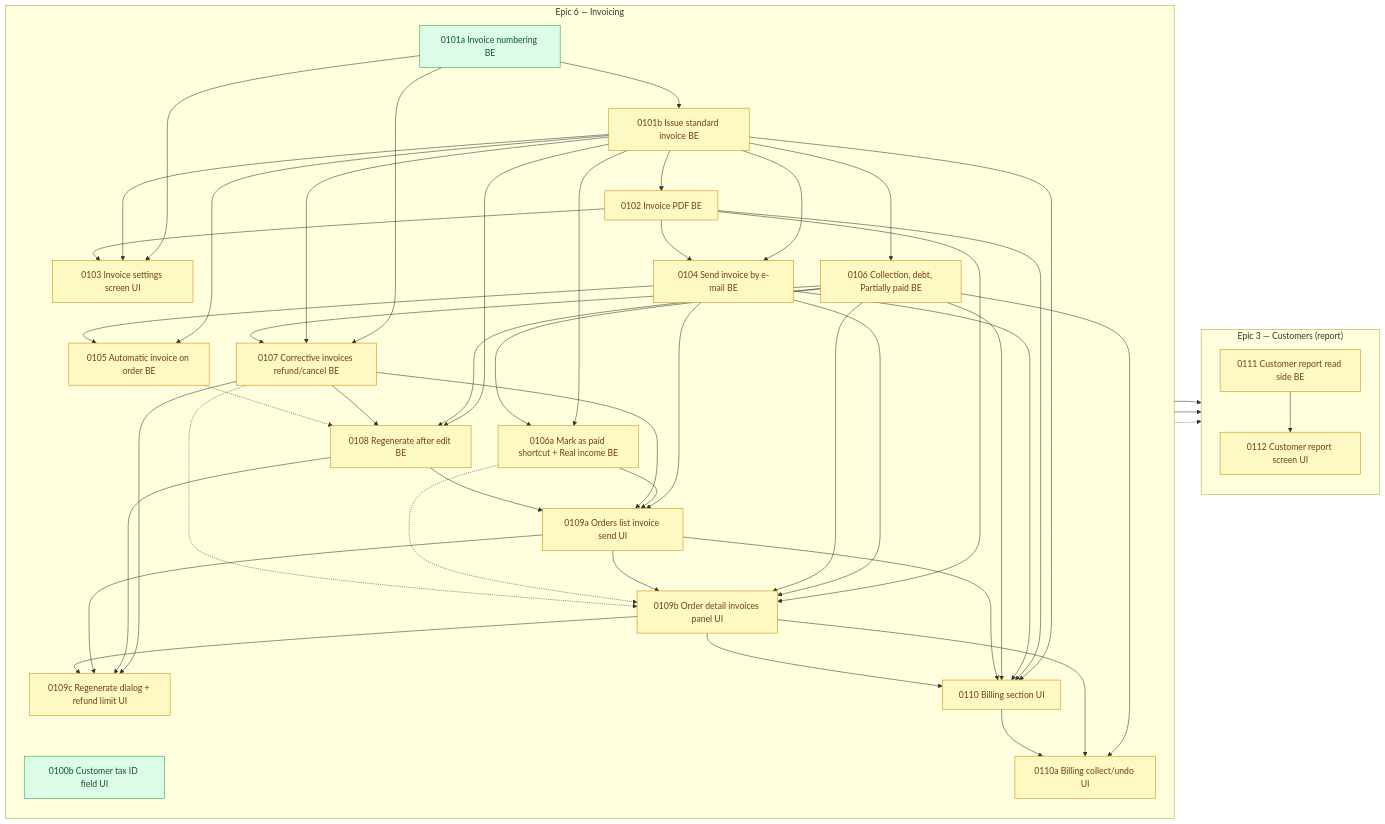
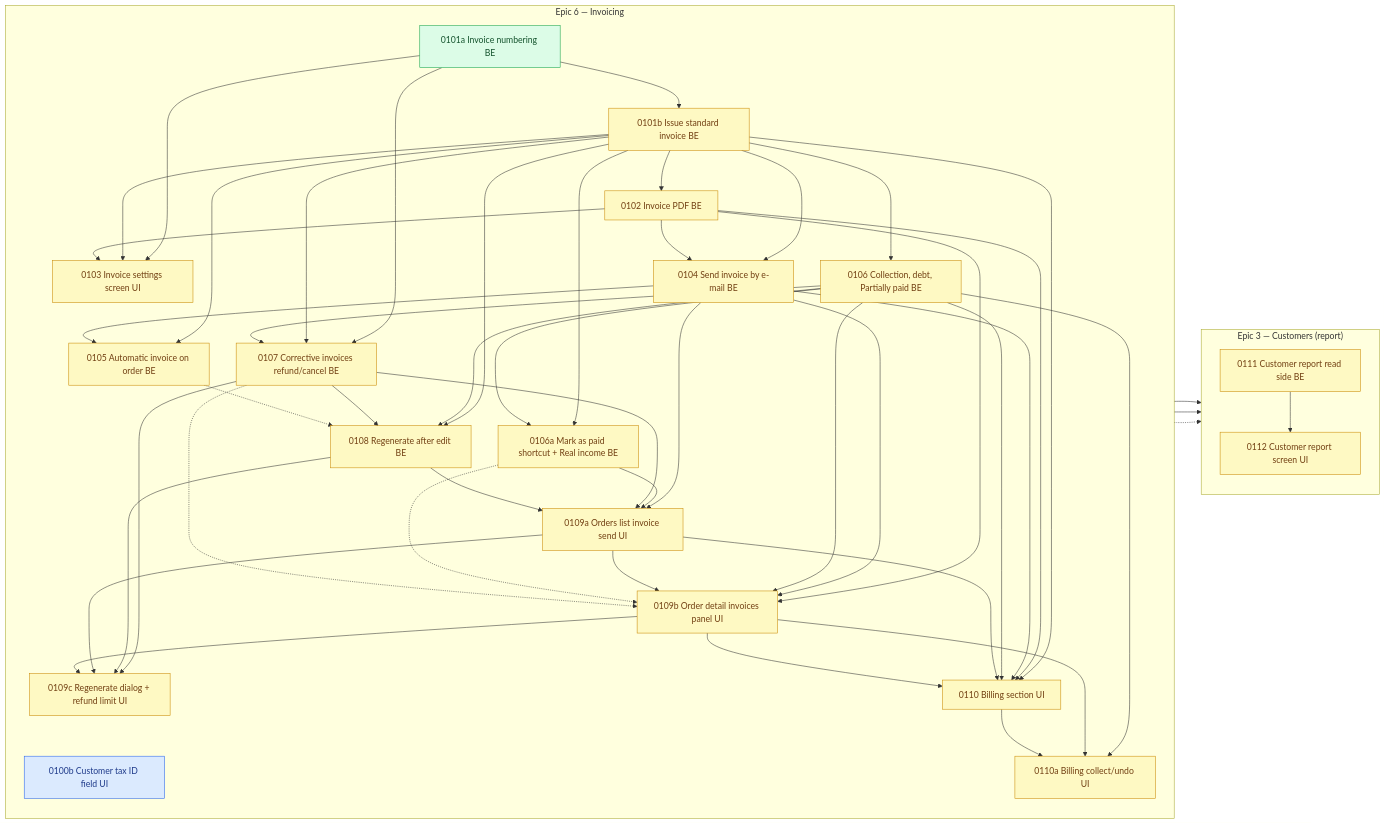
One commit to shojen/AI4Devs-finalproject changed the diagram in arospe/ai-spec/tasks-map.md. Above: the diagram before and after it, drawn with Mermaid. The commit also changed other lines of this file and 4 other files, not shown here.

````diff
--- a/arospe/ai-spec/tasks-map.md
+++ b/arospe/ai-spec/tasks-map.md
@@ -818,6 +818,7 @@
     P0106a -.-> P0109b
     P0107 -.-> P0109b
     %% Shared-file risk with the stock dialogs (no dependency): see the update note at the top.
-    class P0100b,P0101a ready;
+    class P0101a ready;
+    class P0100b claimed;
     class P0101b,P0102,P0103,P0104,P0105,P0106,P0106a,P0107,P0108,P0109a,P0109b,P0109c,P0110,P0110a,P0111,P0112 pending;
 ```
````
